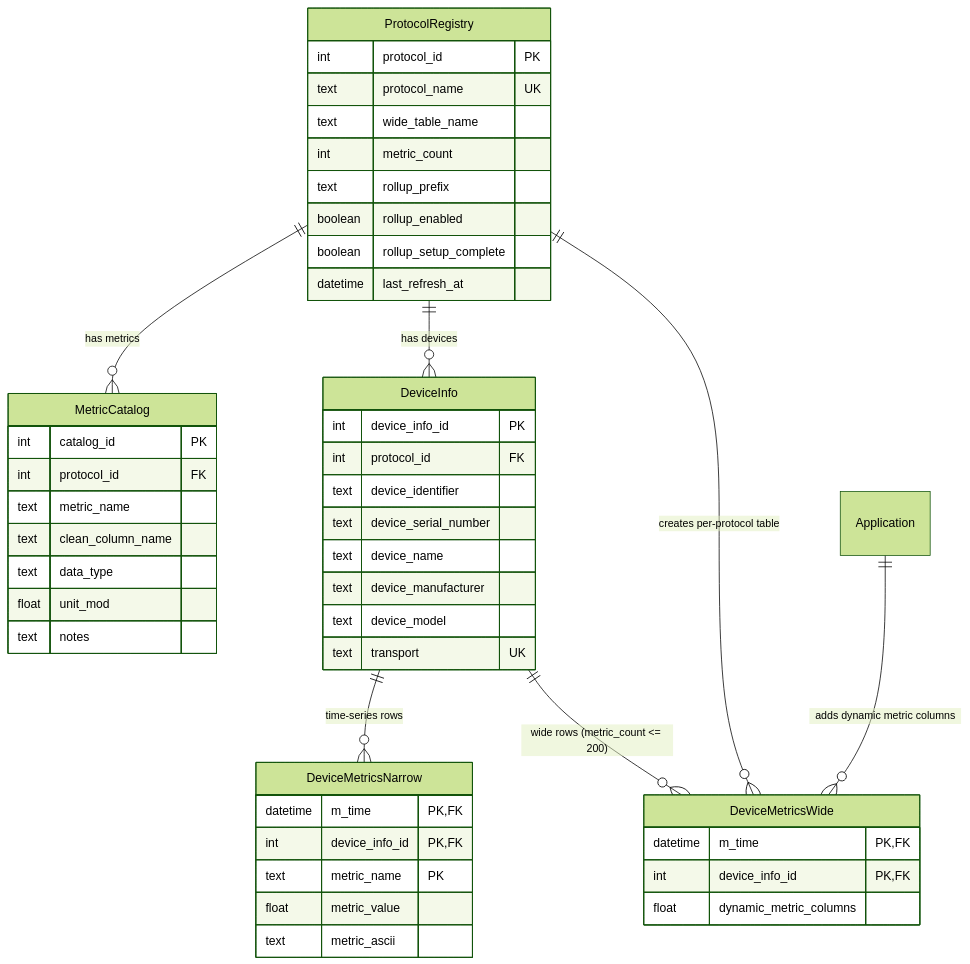
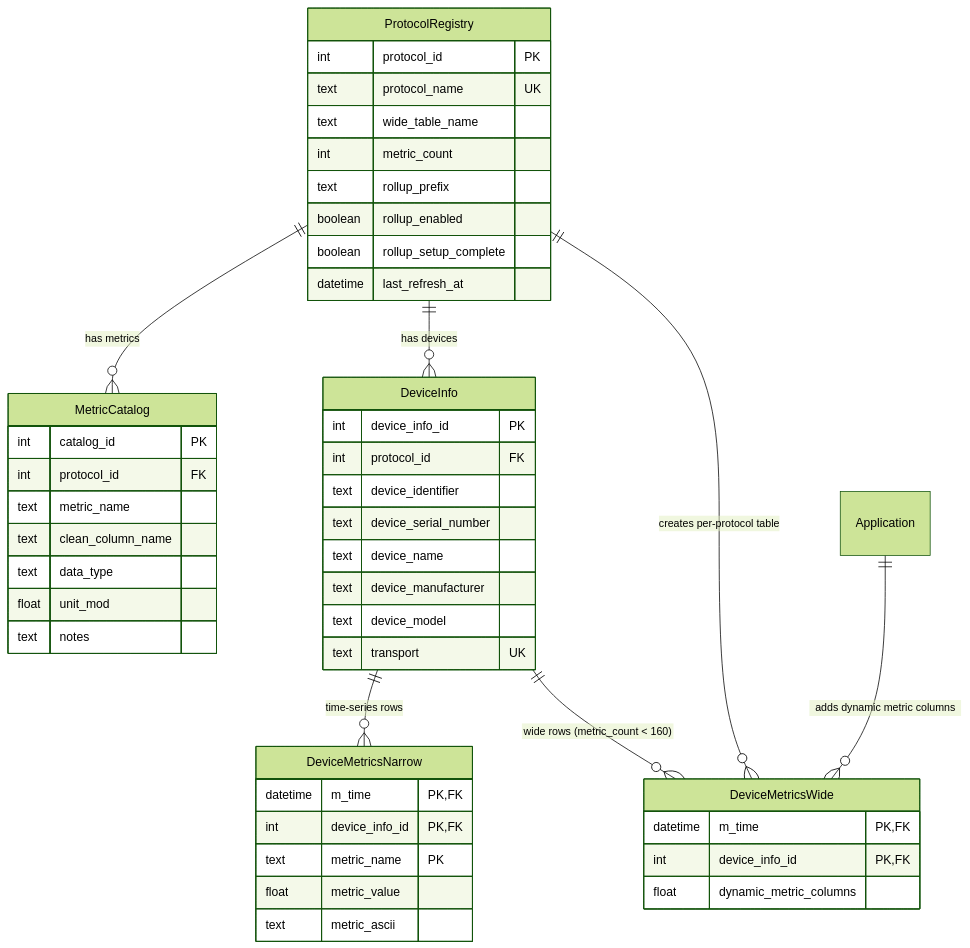
One commit to BuxtonCalvin/MultiProtocolGateway changed the sixth of 19 diagrams in documentation/architecture/mermaid-diagrams.md. Above: the diagram before and after it, drawn with Mermaid (forest theme). The commit also changed other lines of this file and 20 other files, not shown here.

````diff
--- a/documentation/architecture/mermaid-diagrams.md
+++ b/documentation/architecture/mermaid-diagrams.md
@@ -407,55 +416,55 @@
 ```mermaid
 erDiagram
     ProtocolRegistry {
         int protocol_id PK
         text protocol_name UK
         text wide_table_name
         int metric_count
         text rollup_prefix
         boolean rollup_enabled
         boolean rollup_setup_complete
         datetime last_refresh_at
     }
 
     MetricCatalog {
         int catalog_id PK
         int protocol_id FK
         text metric_name
         text clean_column_name
         text data_type
         float unit_mod
         text notes
     }
 
     DeviceInfo {
         int device_info_id PK
         int protocol_id FK
         text device_identifier
         text device_serial_number
         text device_name
         text device_manufacturer
         text device_model
         text transport UK
     }
 
     DeviceMetricsNarrow {
         datetime m_time PK, FK
         int device_info_id PK, FK
         text metric_name PK
         float metric_value
         text metric_ascii
     }
 
     DeviceMetricsWide {
         datetime m_time PK, FK
         int device_info_id PK, FK
         float dynamic_metric_columns
     }
 
     ProtocolRegistry ||--o{ MetricCatalog : "has metrics"
     ProtocolRegistry ||--o{ DeviceInfo : "has devices"
     DeviceInfo ||--o{ DeviceMetricsNarrow : "time-series rows"
-    DeviceInfo ||--o{ DeviceMetricsWide : "wide rows (metric_count &lt;= 200)"
+    DeviceInfo ||--o{ DeviceMetricsWide : "wide rows (metric_count &lt; 160)"
     ProtocolRegistry ||--o{ DeviceMetricsWide : "creates per-protocol table"
     Application ||--o{ DeviceMetricsWide : "adds dynamic metric columns"
 ```
````
